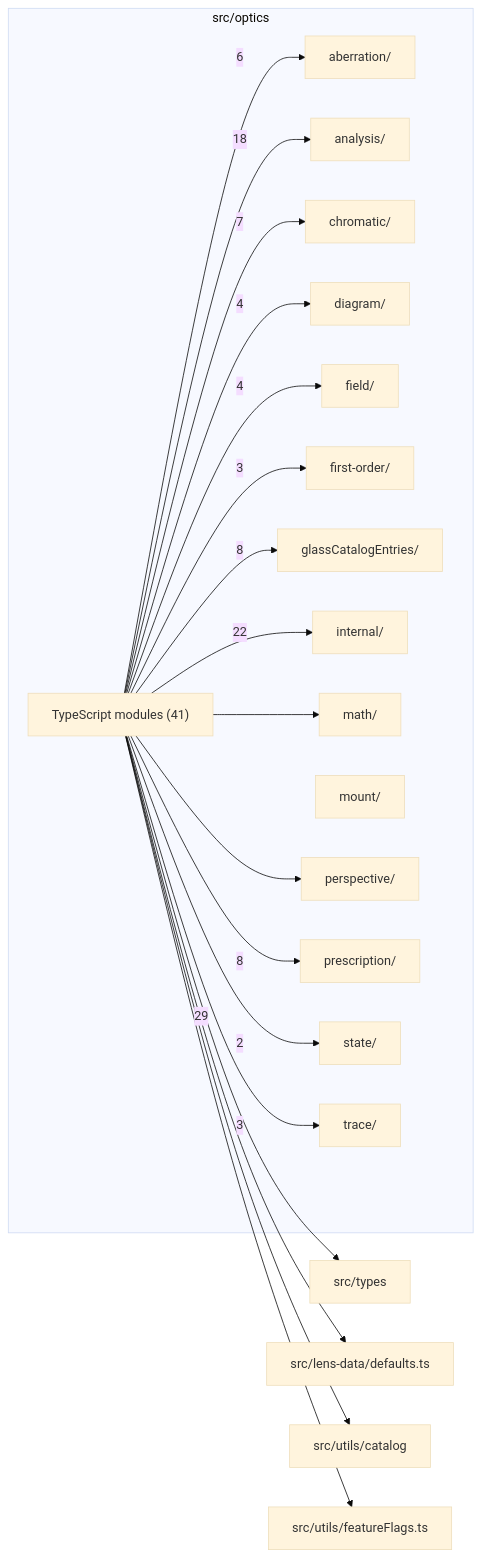
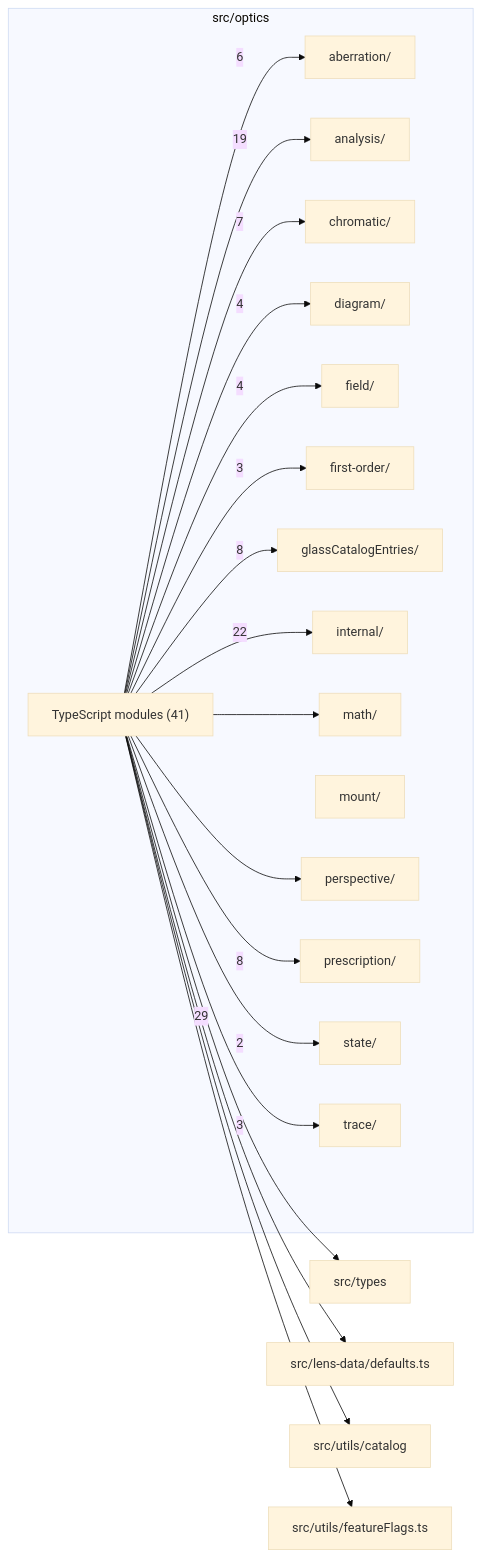
The diagram in src/optics/readme.md (BeamFour/LensVisualizer), drawn with Mermaid (base theme) before and after one commit. The commit also changed other lines of this file and 20 other files, not shown here.

````diff
--- a/src/optics/readme.md
+++ b/src/optics/readme.md
@@ -9,41 +9,41 @@
 ```mermaid
 flowchart LR
   subgraph n_src_optics["src/optics"]
     n_src_optics_src_optics_aberration["aberration/"]
     n_src_optics_src_optics_analysis["analysis/"]
     n_src_optics_src_optics_chromatic["chromatic/"]
     n_src_optics_src_optics_diagram["diagram/"]
     n_src_optics_src_optics_field["field/"]
     n_src_optics_src_optics_first_order["first-order/"]
     n_src_optics_src_optics_glassCatalogEntries["glassCatalogEntries/"]
     n_src_optics_src_optics_internal["internal/"]
     n_src_optics_src_optics_math["math/"]
     n_src_optics_src_optics_mount["mount/"]
     n_src_optics_src_optics_perspective["perspective/"]
     n_src_optics_src_optics_prescription["prescription/"]
     n_src_optics_src_optics_state["state/"]
     n_src_optics_src_optics_trace["trace/"]
     n_src_optics_TypeScript_modules["TypeScript modules (41)"]
   end
   n_external_src_types["src/types"]
   n_external_src_lens_data_defaults_ts["src/lens-data/defaults.ts"]
   n_external_src_utils_catalog["src/utils/catalog"]
   n_external_src_utils_featureFlags_ts["src/utils/featureFlags.ts"]
   n_src_optics_TypeScript_modules --> |29| n_external_src_types
   n_src_optics_TypeScript_modules --> |22| n_src_optics_src_optics_internal
-  n_src_optics_TypeScript_modules --> |18| n_src_optics_src_optics_analysis
+  n_src_optics_TypeScript_modules --> |19| n_src_optics_src_optics_analysis
   n_src_optics_TypeScript_modules --> |8| n_src_optics_src_optics_glassCatalogEntries
   n_src_optics_TypeScript_modules --> |8| n_src_optics_src_optics_prescription
   n_src_optics_TypeScript_modules --> |7| n_src_optics_src_optics_chromatic
   n_src_optics_TypeScript_modules --> |6| n_src_optics_src_optics_aberration
   n_src_optics_TypeScript_modules --> |4| n_src_optics_src_optics_diagram
   n_src_optics_TypeScript_modules --> |4| n_src_optics_src_optics_field
   n_src_optics_TypeScript_modules --> |3| n_src_optics_src_optics_first_order
   n_src_optics_TypeScript_modules --> |3| n_src_optics_src_optics_trace
   n_src_optics_TypeScript_modules --> |2| n_src_optics_src_optics_state
   n_src_optics_TypeScript_modules --> n_external_src_lens_data_defaults_ts
   n_src_optics_TypeScript_modules --> n_external_src_utils_catalog
   n_src_optics_TypeScript_modules --> n_external_src_utils_featureFlags_ts
   n_src_optics_TypeScript_modules --> n_src_optics_src_optics_math
   n_src_optics_TypeScript_modules --> n_src_optics_src_optics_perspective
 ```
````
